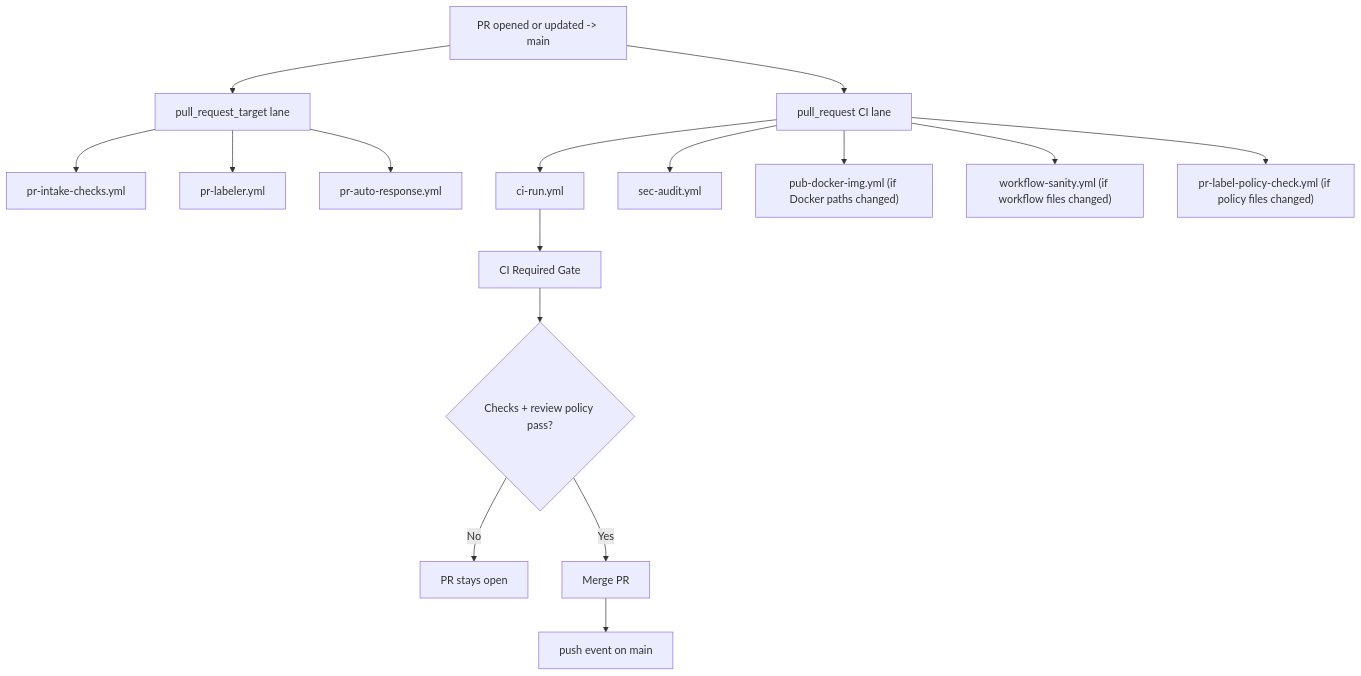
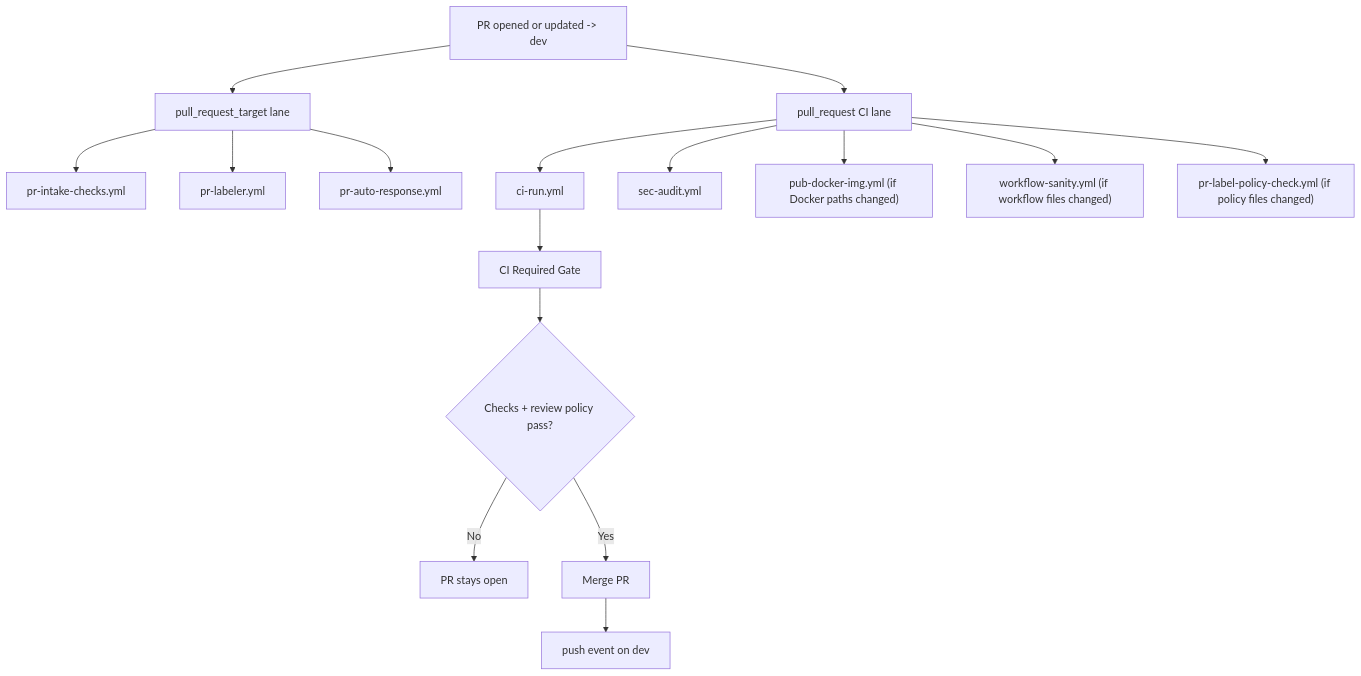
One commit to VK7KSM/eflClaw changed the first of 2 diagrams in .github/workflows/main-branch-flow.md. Above: the diagram before and after it, drawn with Mermaid. The commit also changed other lines of this file and 140 other files, not shown here.

Commit message:
chore: promote dev snapshot to main (resolve #1978/#1970)

````diff
--- a/.github/workflows/main-branch-flow.md
+++ b/.github/workflows/main-branch-flow.md
@@ -224,18 +224,18 @@
 ```mermaid
 flowchart TD
-  A["PR opened or updated -> main"] --> B["pull_request_target lane"]
+  A["PR opened or updated -> dev"] --> B["pull_request_target lane"]
   B --> B1["pr-intake-checks.yml"]
   B --> B2["pr-labeler.yml"]
   B --> B3["pr-auto-response.yml"]
   A --> C["pull_request CI lane"]
   C --> C1["ci-run.yml"]
   C --> C2["sec-audit.yml"]
   C --> C3["pub-docker-img.yml (if Docker paths changed)"]
   C --> C4["workflow-sanity.yml (if workflow files changed)"]
   C --> C5["pr-label-policy-check.yml (if policy files changed)"]
   C1 --> D["CI Required Gate"]
   D --> E{"Checks + review policy pass?"}
   E -->|No| F["PR stays open"]
   E -->|Yes| G["Merge PR"]
-  G --> H["push event on main"]
+  G --> H["push event on dev"]
 ```
````
